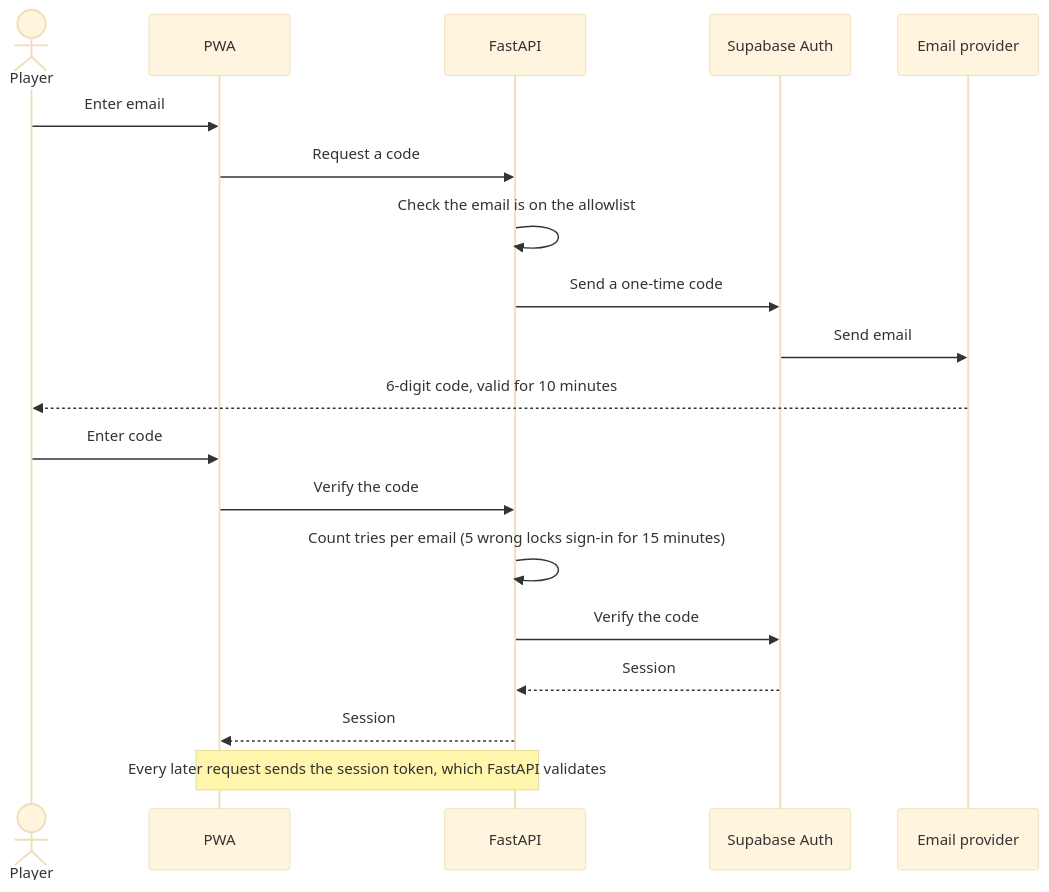
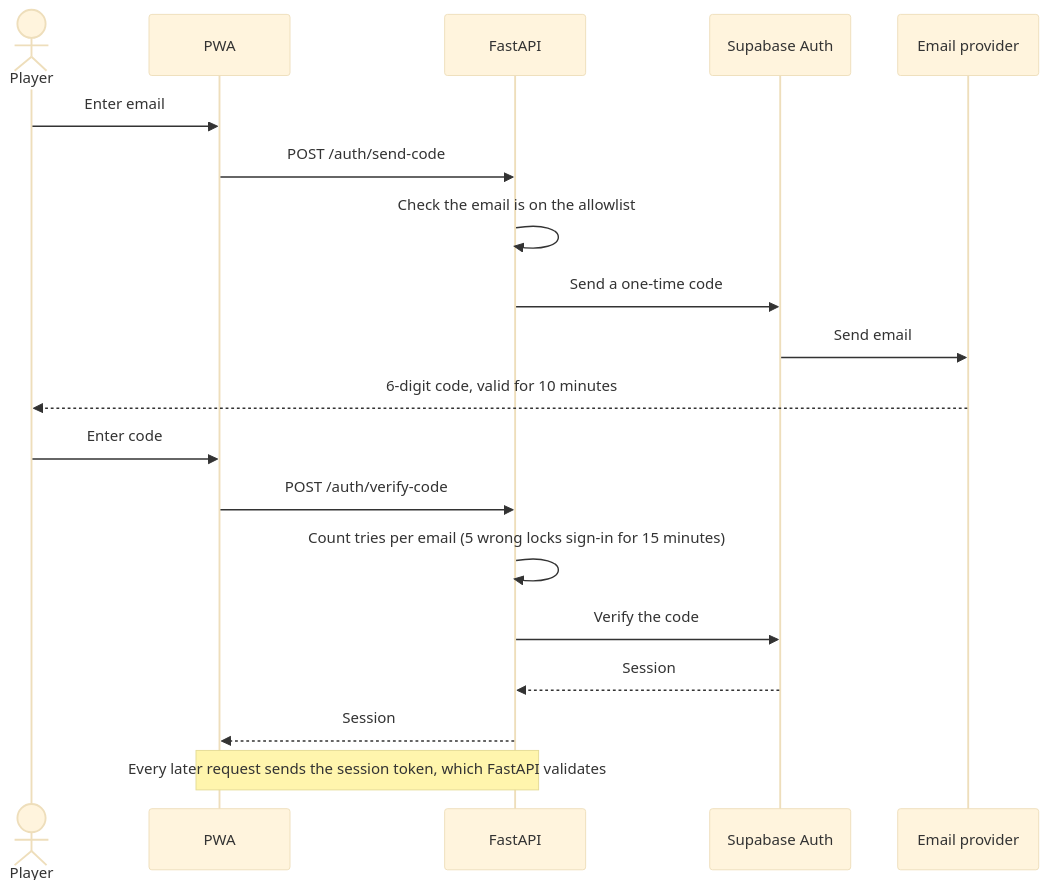
One commit to azamatsmith/soul-search changed the second of 5 diagrams in docs/architecture.md. Above: the diagram before and after it, drawn with Mermaid (base theme). The commit also changed 45 other files, not shown here.

First line of the commit message:
feat: add email code auth api (#27)

````diff
--- a/docs/architecture.md
+++ b/docs/architecture.md
@@ -38,22 +38,22 @@
 ```mermaid
 sequenceDiagram
     actor player as Player
     participant pwa as PWA
     participant api as FastAPI
     participant auth as Supabase Auth
     participant mail as Email provider
 
     player->>pwa: Enter email
-    pwa->>api: Request a code
+    pwa->>api: POST /auth/send-code
     api->>api: Check the email is on the allowlist
     api->>auth: Send a one-time code
     auth->>mail: Send email
     mail-->>player: 6-digit code, valid for 10 minutes
     player->>pwa: Enter code
-    pwa->>api: Verify the code
+    pwa->>api: POST /auth/verify-code
     api->>api: Count tries per email (5 wrong locks sign-in for 15 minutes)
     api->>auth: Verify the code
     auth-->>api: Session
     api-->>pwa: Session
     Note over pwa,api: Every later request sends the session token, which FastAPI validates
 ```
````
